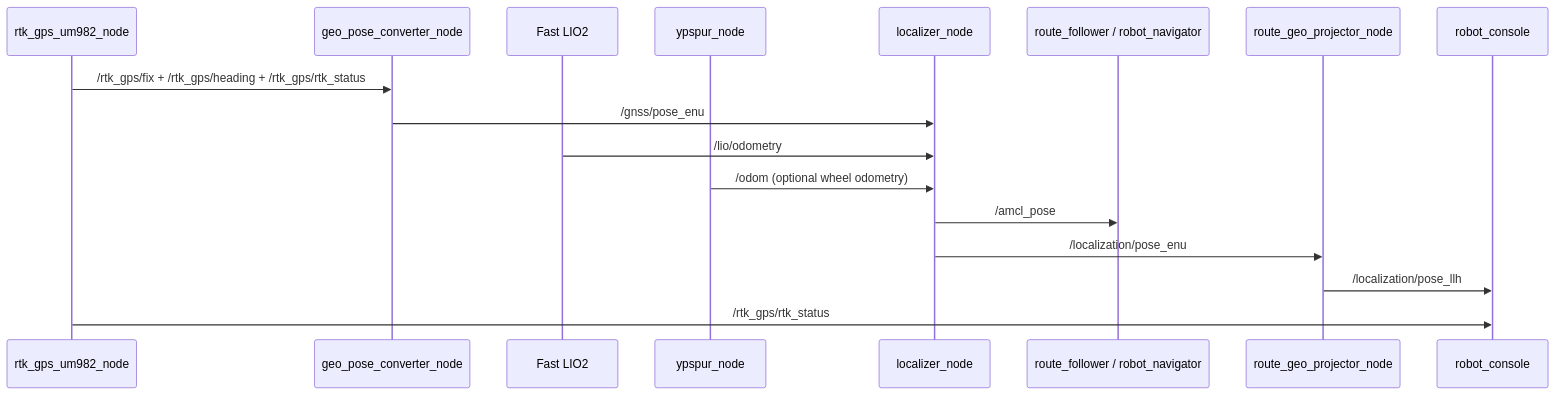
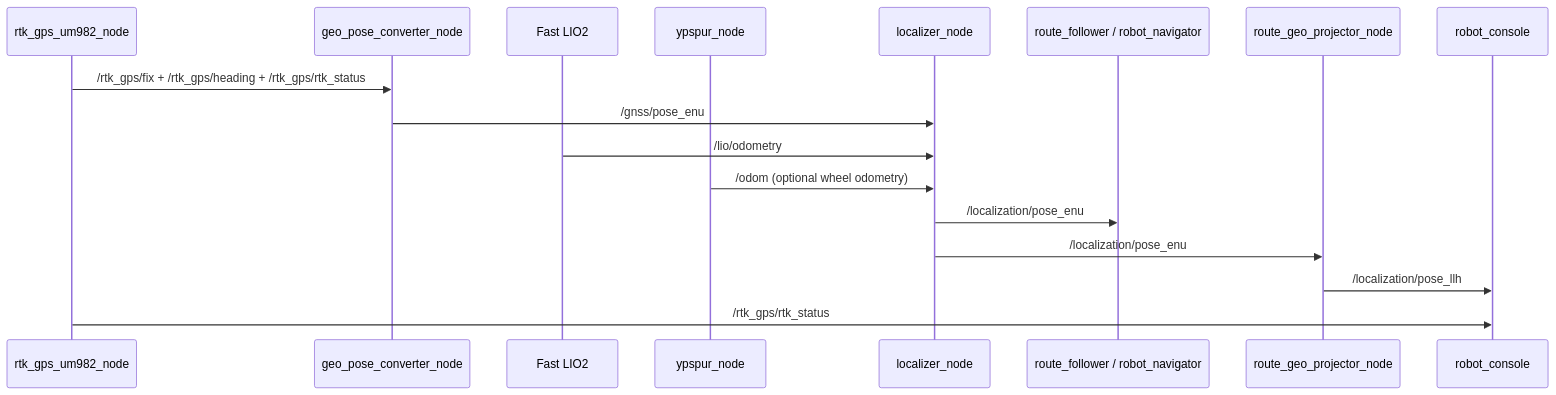
Before and after one commit to kazoga/tc2026: the second of 7 diagrams in docs/次期システム_アーキテクチャ検討レポート.md, drawn with Mermaid. The commit also changed other lines of this file and 48 other files, not shown here.

Commit message:
Migrate localization pose topic to pose_enu

````diff
--- a/docs/次期システム_アーキテクチャ検討レポート.md
+++ b/docs/次期システム_アーキテクチャ検討レポート.md
@@ -376,20 +376,20 @@
 ```mermaid
 sequenceDiagram
   participant RTK as rtk_gps_um982_node
   participant Conv as geo_pose_converter_node
   participant LIO as Fast LIO2
   participant YP as ypspur_node
   participant Loc as localizer_node
   participant Route as route_follower / robot_navigator
   participant Projector as route_geo_projector_node
   participant Console as robot_console
 
   RTK->>Conv: /rtk_gps/fix + /rtk_gps/heading + /rtk_gps/rtk_status
   Conv->>Loc: /gnss/pose_enu
   LIO->>Loc: /lio/odometry
   YP->>Loc: /odom (optional wheel odometry)
-  Loc->>Route: /amcl_pose
+  Loc->>Route: /localization/pose_enu
   Loc->>Projector: /localization/pose_enu
   Projector->>Console: /localization/pose_llh
   RTK->>Console: /rtk_gps/rtk_status
 ```
````
